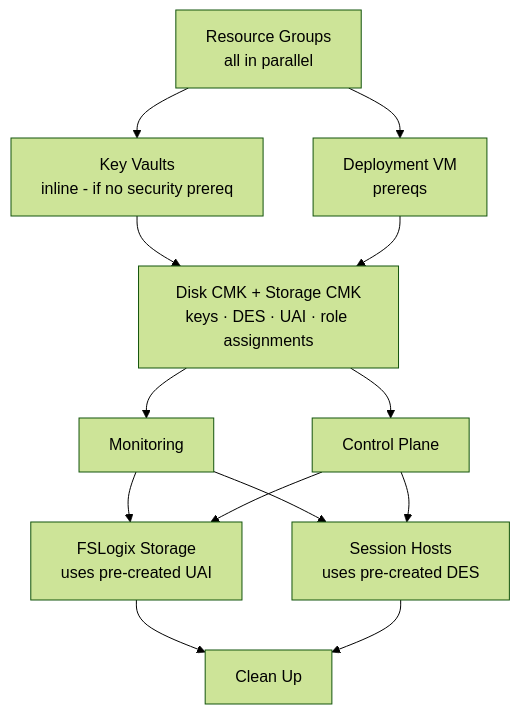
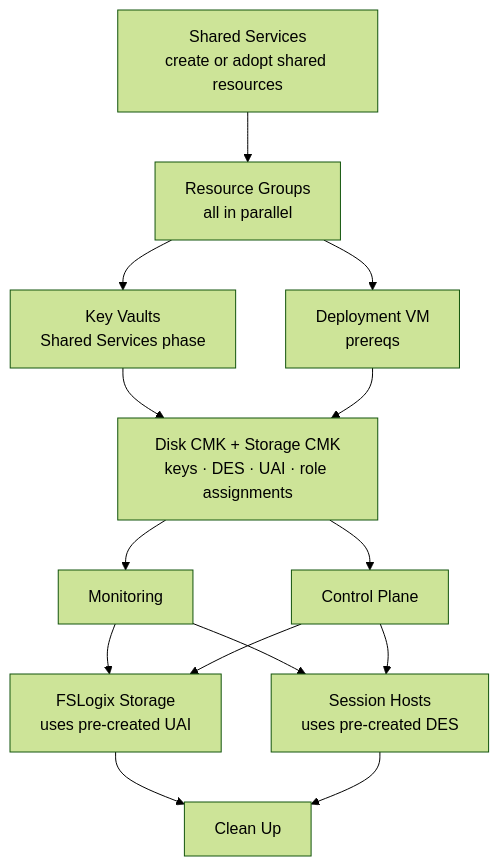
One commit to Azure/FederalAVD changed the diagram in docs/hostpool-deployment.md. Above: the diagram before and after it, drawn with Mermaid (forest theme). The commit also changed other lines of this file and 57 other files, not shown here.

````diff
--- a/docs/hostpool-deployment.md
+++ b/docs/hostpool-deployment.md
@@ -388,16 +409,18 @@
 ```mermaid
 graph TD
+    SS[Shared Services<br/>create or adopt shared resources]
     RG[Resource Groups<br/>all in parallel]
-    RG --> KV[Key Vaults<br/>inline - if no security prereq]
+    SS --> RG
+    RG --> KV[Key Vaults<br/>Shared Services phase]
     RG --> PREREQ[Deployment VM<br/>prereqs]
     KV --> CMK[Disk CMK + Storage CMK<br/>keys · DES · UAI · role assignments]
     PREREQ --> CMK
     CMK --> MON[Monitoring]
     CMK --> CP[Control Plane]
     MON --> FSL[FSLogix Storage<br/>uses pre-created UAI]
     CP --> FSL
     MON --> SH[Session Hosts<br/>uses pre-created DES]
     CP --> SH
     FSL --> CU[Clean Up]
     SH --> CU
 ```
````
